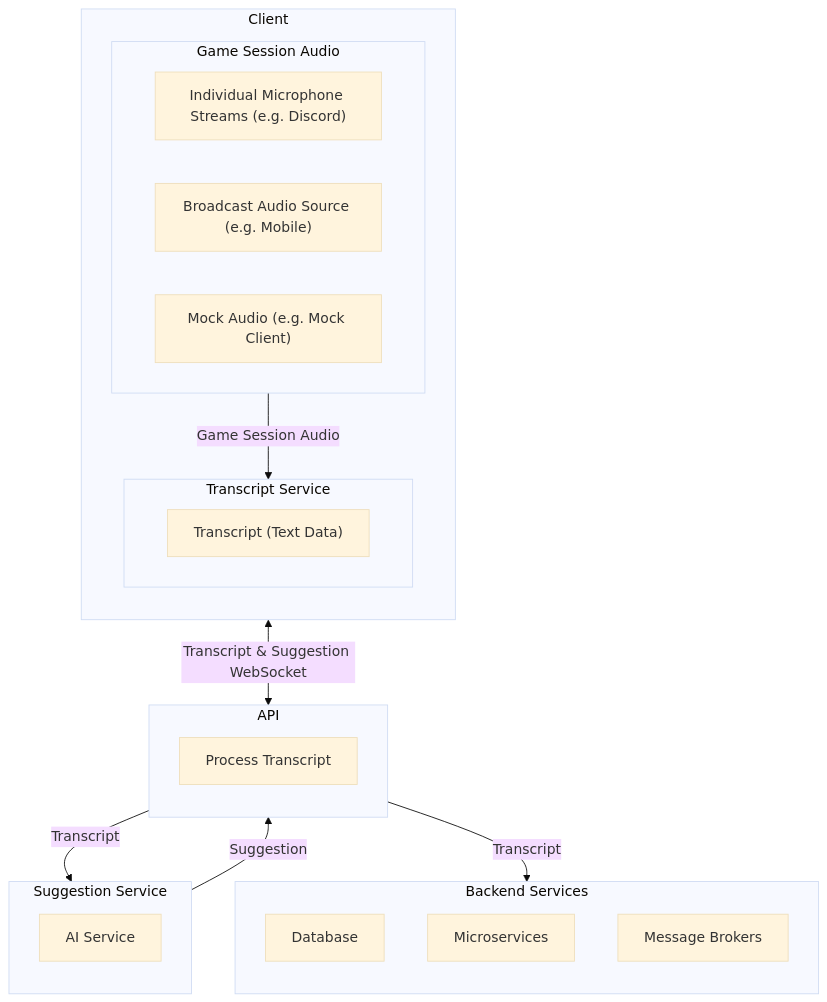
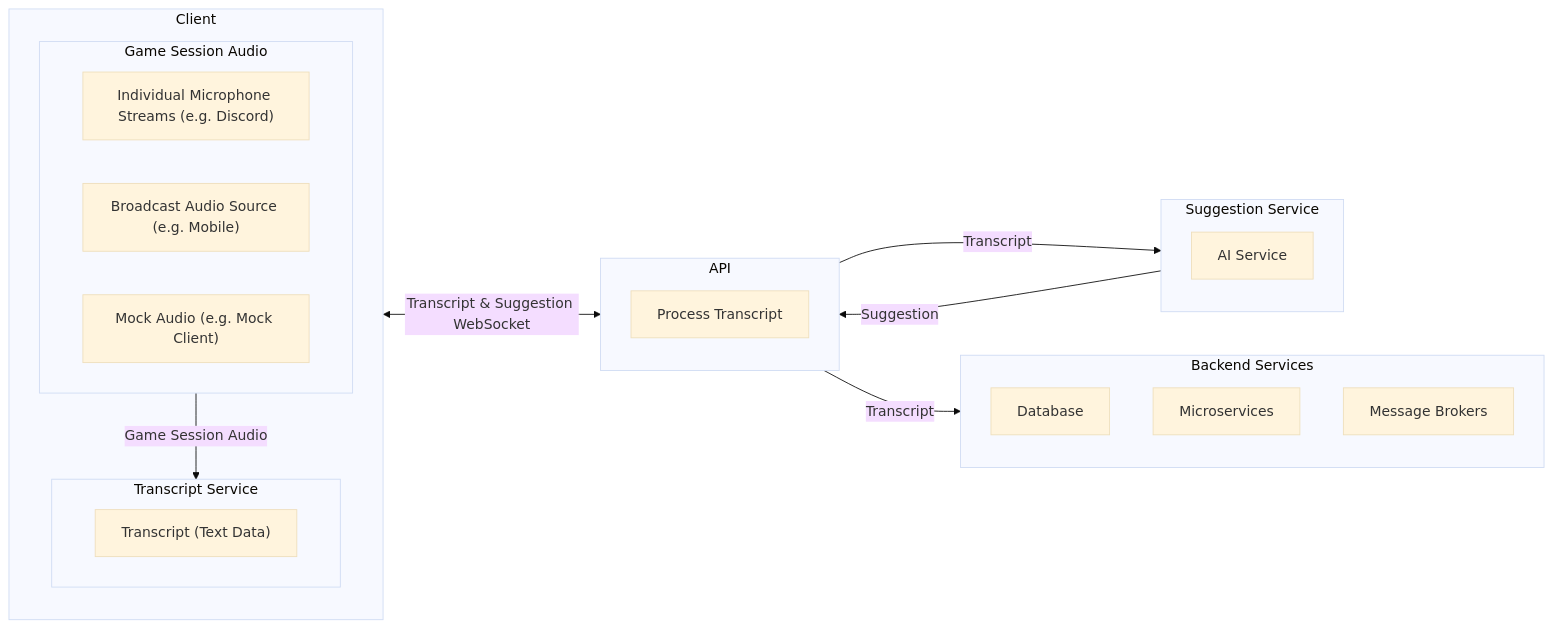
One commit to illMadeCoder/poc_co_gm changed the diagram in README.md. Above: the diagram before and after it, drawn with Mermaid (base theme).

Commit message:
doc: #36 architecture bt to lr

````diff
--- a/README.md
+++ b/README.md
@@ -52,37 +52,37 @@
 ```mermaid
-flowchart TB
+flowchart LR
     subgraph Backend ["Backend Services"]
         direction TB
         Backend1["Database"]
         Backend2["Microservices"]
         Backend3["Message Brokers"]
     end
 
     subgraph API ["API"]
         direction TB
         API1["Process Transcript"]
     end
 
     subgraph Suggestion ["Suggestion Service"]
         direction TB
         Suggestion1["AI Service"]
     end
 
     subgraph Client ["Client"]
         direction TB
             subgraph Transcript["Transcript Service"]
             Transcript1["Transcript (Text Data)"]
         end
         subgraph Audio["Game Session Audio"]
             Audio1["Individual Microphone Streams (e.g. Discord)"]
             Audio2["Broadcast Audio Source (e.g. Mobile)"]
             Audio3["Mock Audio (e.g. Mock Client)"]
         end
     end
     
     Audio -->|Game Session Audio| Transcript
     Client <-->|Transcript & Suggestion WebSocket| API
     API --> |Transcript| Suggestion
     Suggestion --> |Suggestion| API
     API --> |Transcript| Backend
 ```
````
